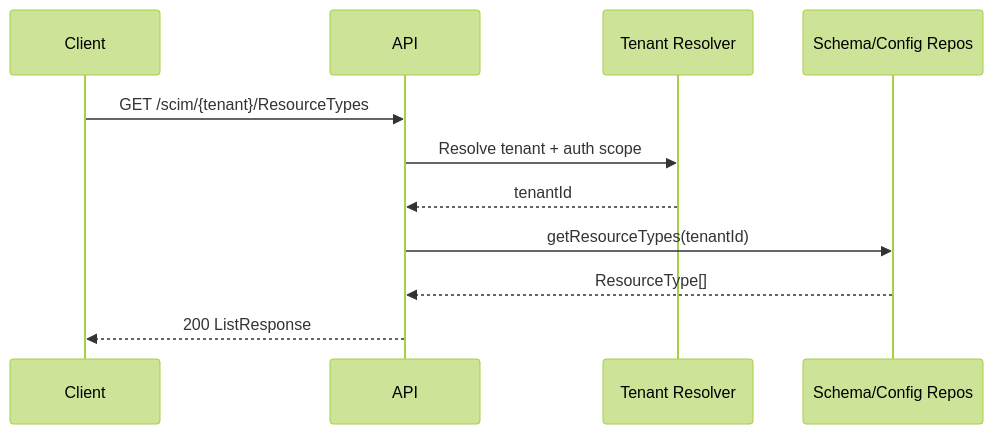
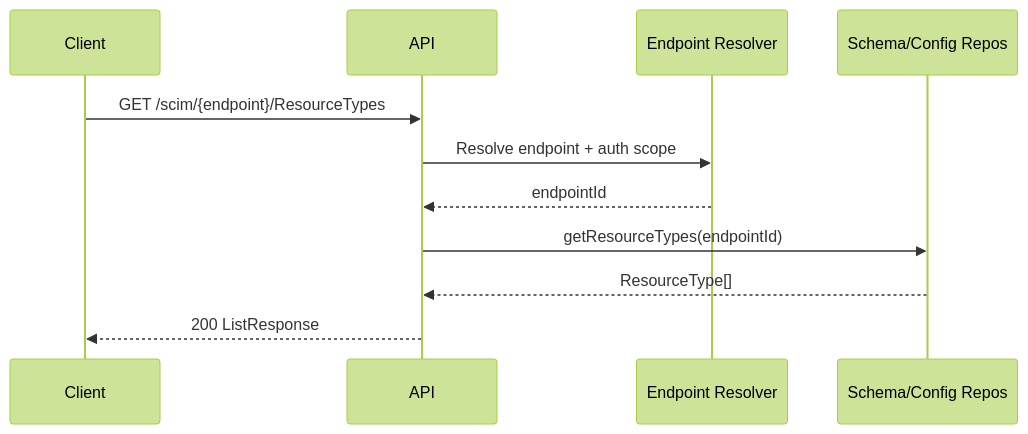
The third of 3 diagrams in docs/IDEAL_SCIM_ARCHITECTURE_RFC_FIRST_FRESH_2026-02-20.md (pranems/SCIMServer), drawn with Mermaid (forest theme) before and after one commit. The commit also changed other lines of this file and 288 other files, not shown here.

````diff
--- a/docs/IDEAL_SCIM_ARCHITECTURE_RFC_FIRST_FRESH_2026-02-20.md
+++ b/docs/IDEAL_SCIM_ARCHITECTURE_RFC_FIRST_FRESH_2026-02-20.md
@@ -214,14 +214,14 @@
 ```mermaid
 sequenceDiagram
   participant Client
   participant API
-  participant Resolver as Tenant Resolver
+  participant Resolver as Endpoint Resolver
   participant Repo as Schema/Config Repos
 
-  Client->>API: GET /scim/{tenant}/ResourceTypes
-  API->>Resolver: Resolve tenant + auth scope
-  Resolver-->>API: tenantId
-  API->>Repo: getResourceTypes(tenantId)
+  Client->>API: GET /scim/{endpoint}/ResourceTypes
+  API->>Resolver: Resolve endpoint + auth scope
+  Resolver-->>API: endpointId
+  API->>Repo: getResourceTypes(endpointId)
   Repo-->>API: ResourceType[]
   API-->>Client: 200 ListResponse
 ```
````
